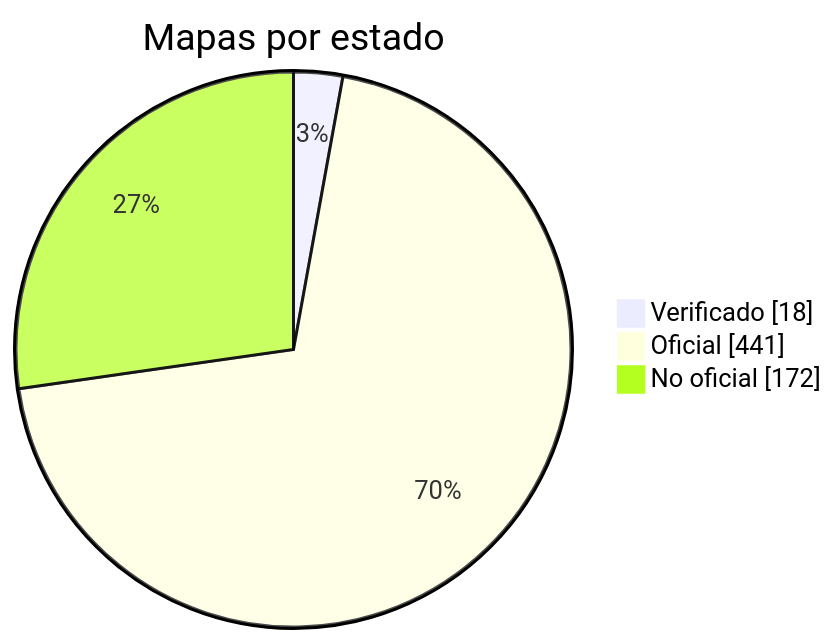
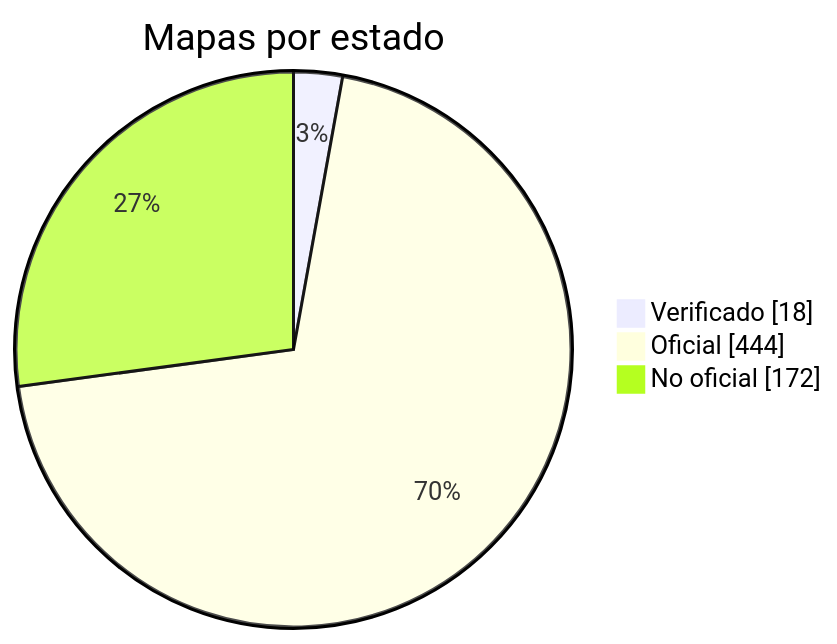
The diagram in docs/readme/README_ES.md (nobrega8/mbmap-library), drawn with Mermaid before and after one commit. The commit also changed 8 other files, not shown here.

````diff
--- a/docs/readme/README_ES.md
+++ b/docs/readme/README_ES.md
@@ -54,7 +54,7 @@
 ```mermaid
 pie showData
     title Mapas por estado
     "Verificado" : 18
-    "Oficial" : 441
+    "Oficial" : 444
     "No oficial" : 172
 ```
````
